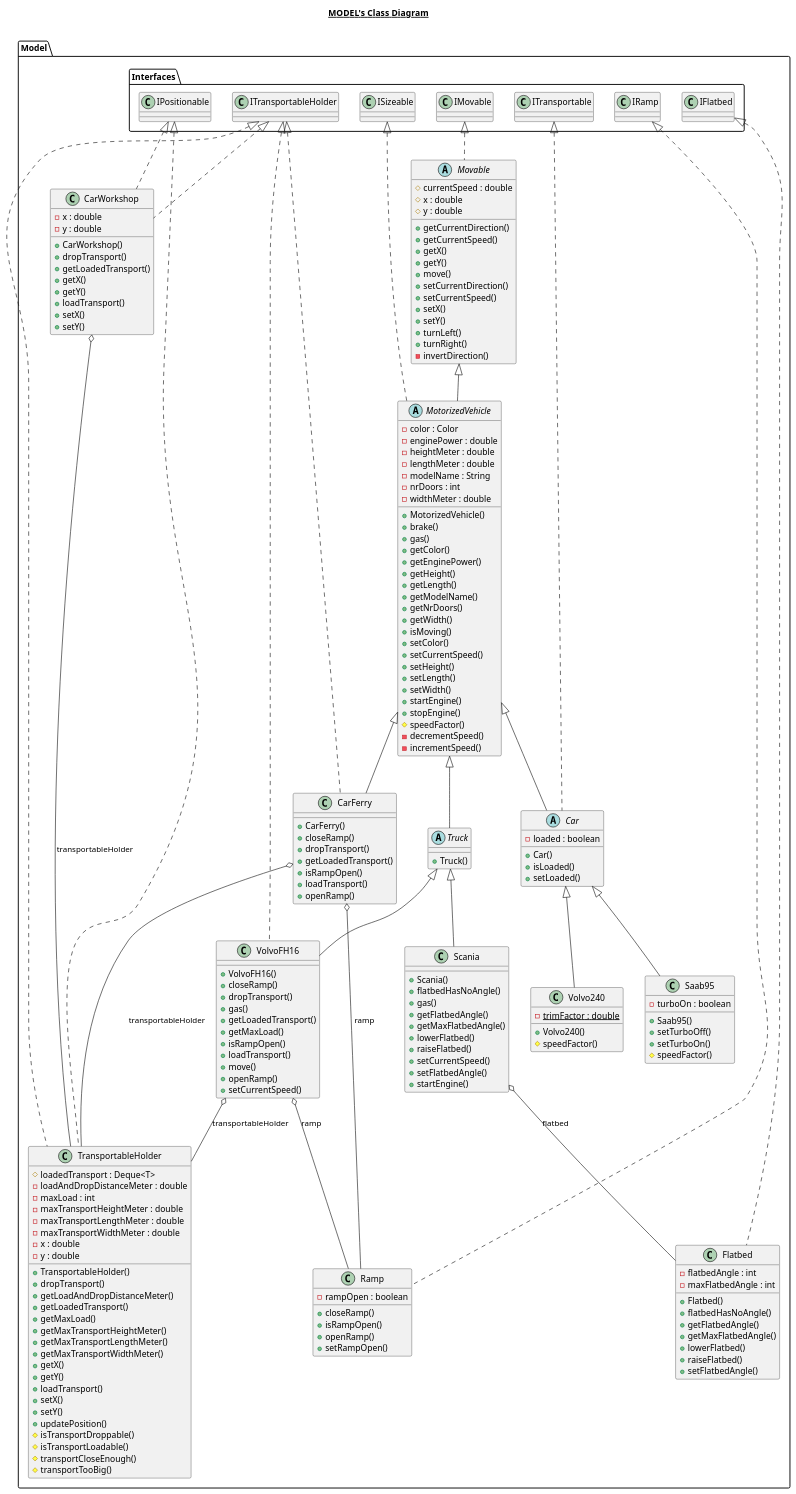
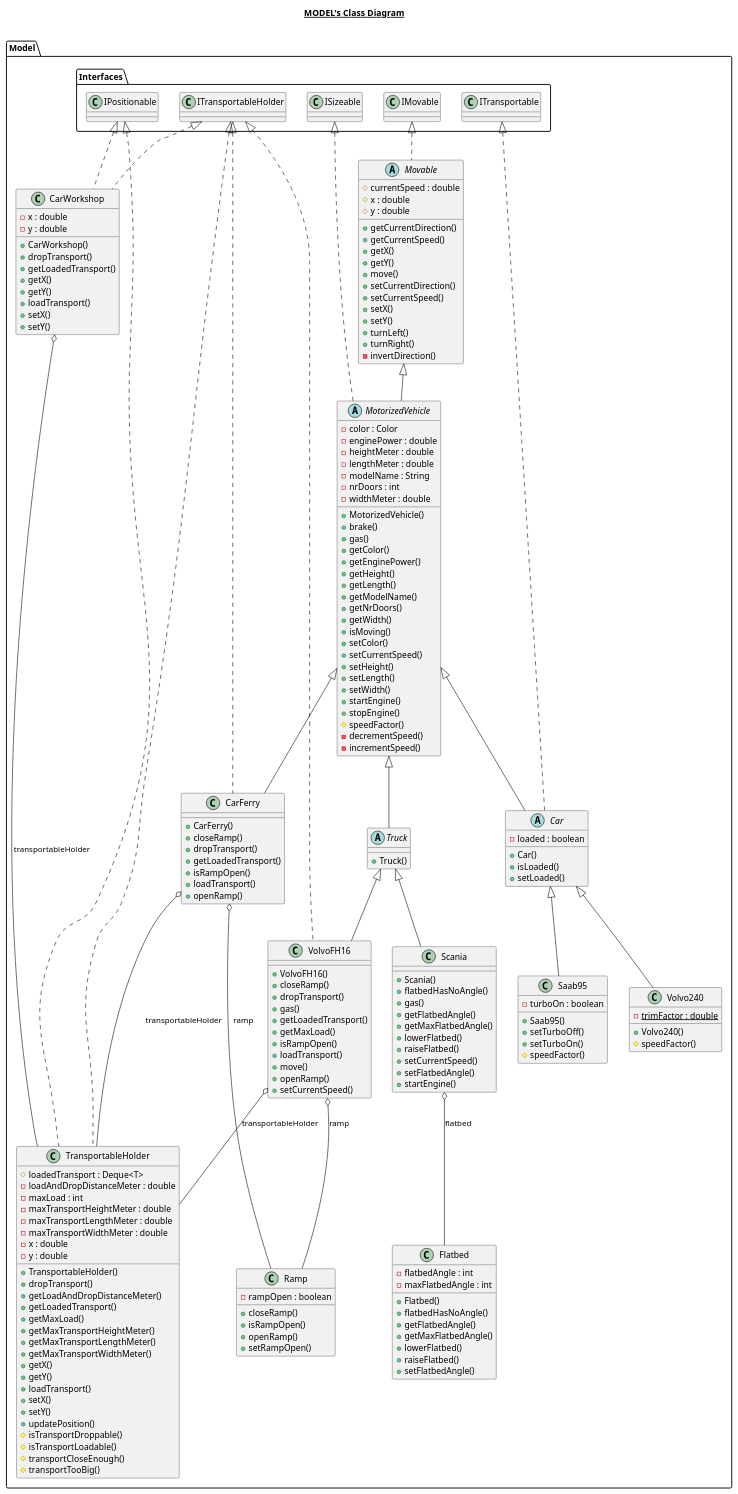
One commit to amalte/Lab2A changed the diagram in UML/Model.plantuml. Above: the diagram before and after it, drawn with PlantUML. The commit also changed 18 other files, not shown here.

```diff
--- a/UML/Model.plantuml
+++ b/UML/Model.plantuml
@@ -186,12 +186,10 @@
   Model.CarWorkshop .up.|> Model.Interfaces.IPositionable
   Model.CarWorkshop .up.|> Model.Interfaces.ITransportableHolder
   Model.CarWorkshop o-- Model.TransportableHolder : transportableHolder
-  Model.Flatbed .up.|> Model.Interfaces.IFlatbed
   Model.MotorizedVehicle .up.|> Model.Interfaces.ISizeable
   Model.MotorizedVehicle -up-|> Model.Movable
   Model.Movable .up.|> Model.Interfaces.IMovable
   Model.Movable o-- Model.Interfaces.IMovable.Direction : currentDirection
-  Model.Ramp .up.|> Model.Interfaces.IRamp
   Model.Saab95 -up-|> Model.Car
   Model.Scania -up-|> Model.Truck
   Model.Scania o-- Model.Flatbed : flatbed
```
